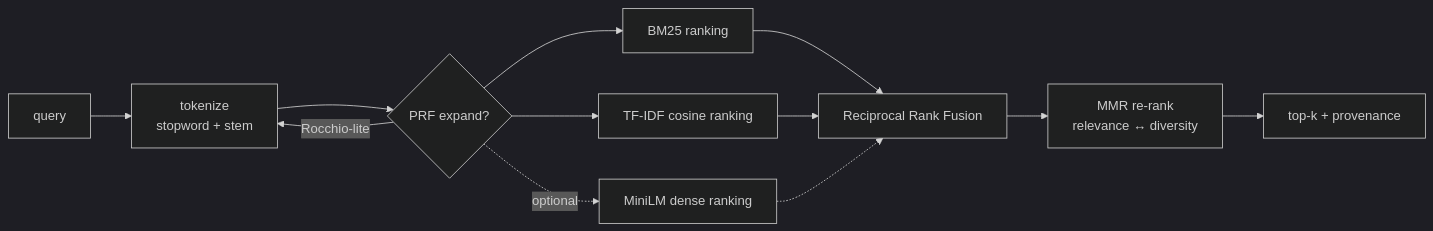
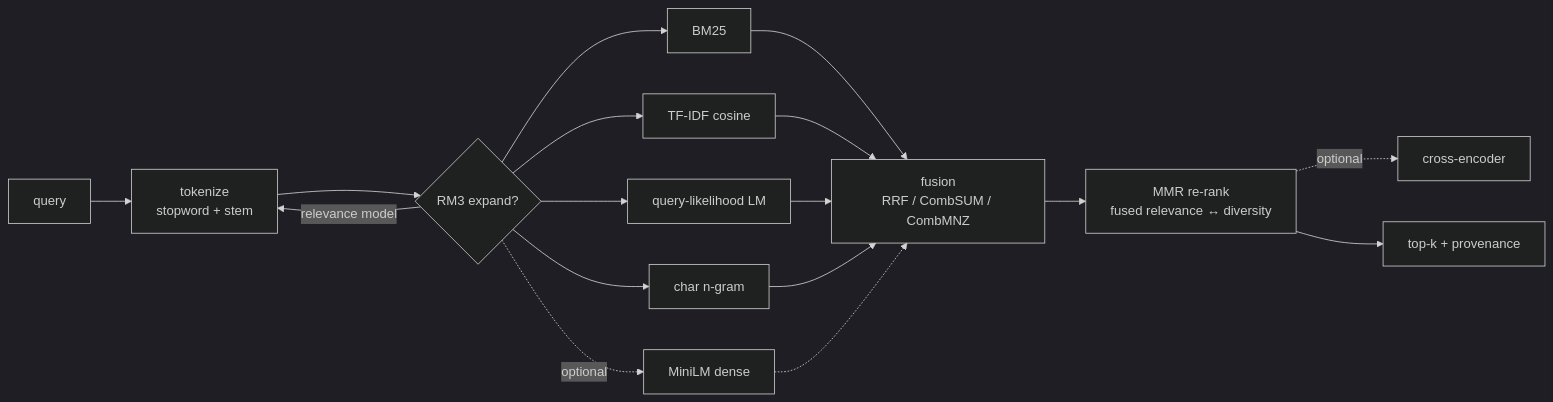
One commit to arjanchaudharyy/glocal-teen-hero-benchmark changed the second of 2 diagrams in README.md. Above: the diagram before and after it, drawn with Mermaid (dark theme). The commit also changed other lines of this file and 8 other files, not shown here.

````diff
--- a/README.md
+++ b/README.md
@@ -55,14 +56,19 @@
 ```mermaid
 flowchart LR
     Q[query] --> T[tokenize<br/>stopword + stem]
-    T --> P{PRF expand?}
-    P -->|Rocchio-lite| T
-    P --> B[BM25 ranking]
-    P --> F[TF-IDF cosine ranking]
-    P -.optional.-> D[MiniLM dense ranking]
-    B --> RRF[Reciprocal Rank Fusion]
-    F --> RRF
-    D -.-> RRF
-    RRF --> M[MMR re-rank<br/>relevance ↔ diversity]
+    T --> X{RM3 expand?}
+    X -->|relevance model| T
+    X --> B[BM25]
+    X --> F[TF-IDF cosine]
+    X --> L[query-likelihood LM]
+    X --> C[char n-gram]
+    X -.optional.-> D[MiniLM dense]
+    B --> FU[fusion<br/>RRF / CombSUM / CombMNZ]
+    F --> FU
+    L --> FU
+    C --> FU
+    D -.-> FU
+    FU --> M[MMR re-rank<br/>fused relevance ↔ diversity]
+    M -.optional.-> CE[cross-encoder]
     M --> K[top-k + provenance]
 ```
````
